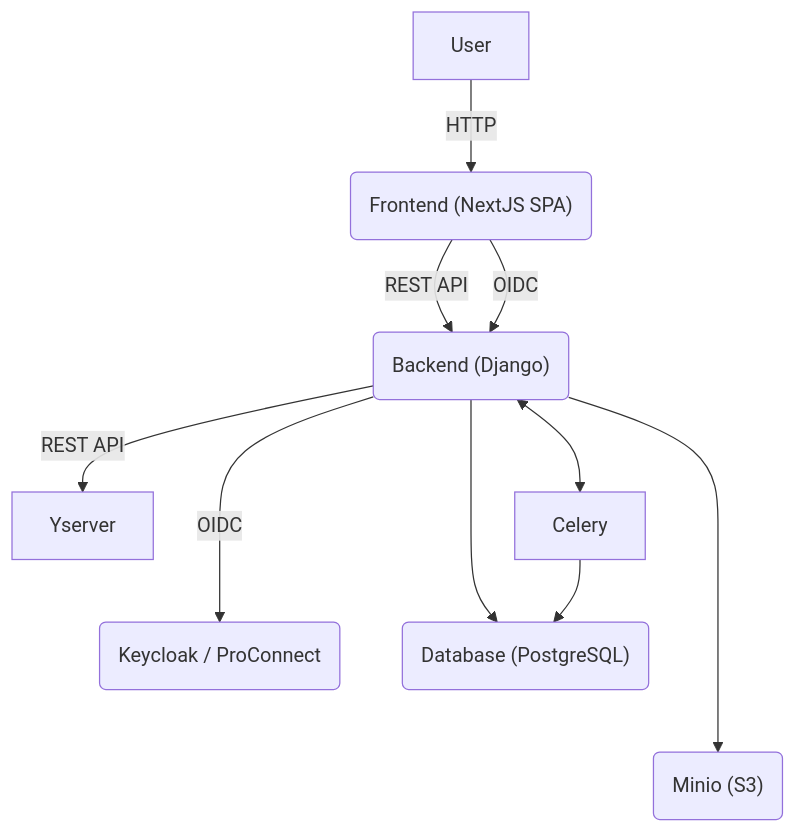
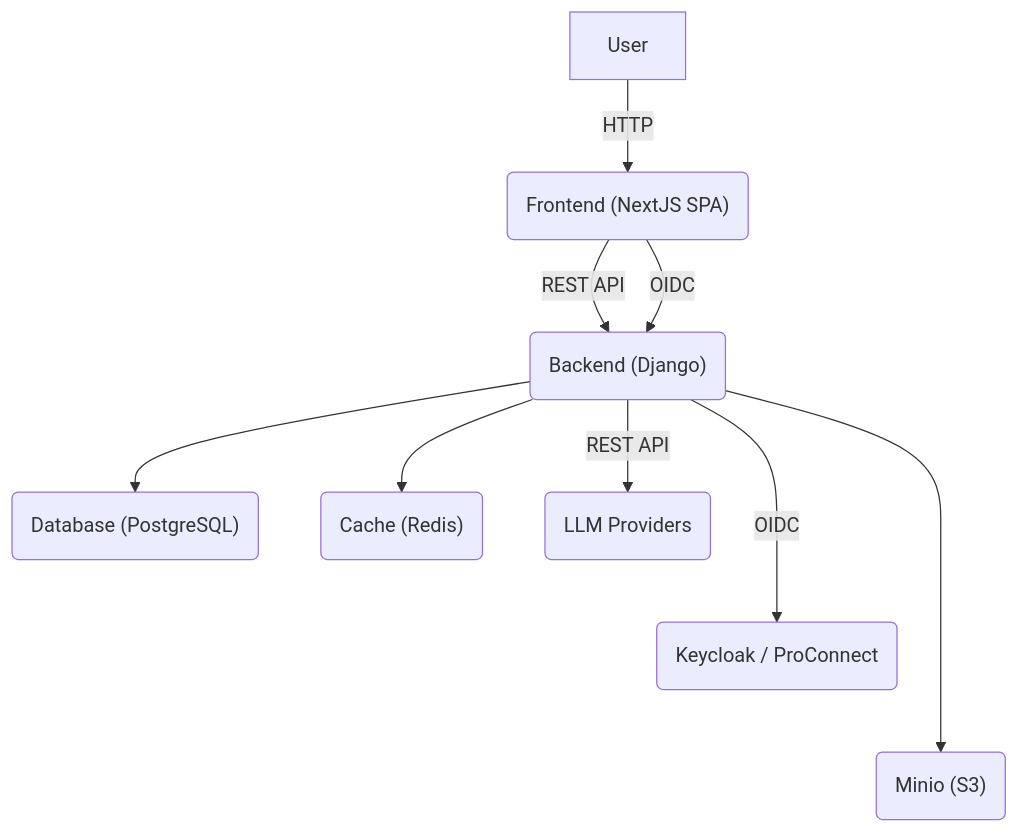
The diagram in docs/architecture.md (suitenumerique/conversations), drawn with Mermaid before and after one commit. The commit also changed 11 other files, not shown here.

````diff
--- a/docs/architecture.md
+++ b/docs/architecture.md
@@ -5,10 +5,10 @@
 ```mermaid
 flowchart TD
     User -- HTTP --> Front("Frontend (NextJS SPA)")
     Front -- REST API --> Back("Backend (Django)")
     Front -- OIDC --> Back -- OIDC ---> OIDC("Keycloak / ProConnect")
-    Back -- REST API --> Yserver
     Back --> DB("Database (PostgreSQL)")
-    Back <--> Celery --> DB
+    Back --> Cache("Cache (Redis)")
     Back ----> S3("Minio (S3)")
+    Back -- REST API --> LLM("LLM Providers")
 ```
````
